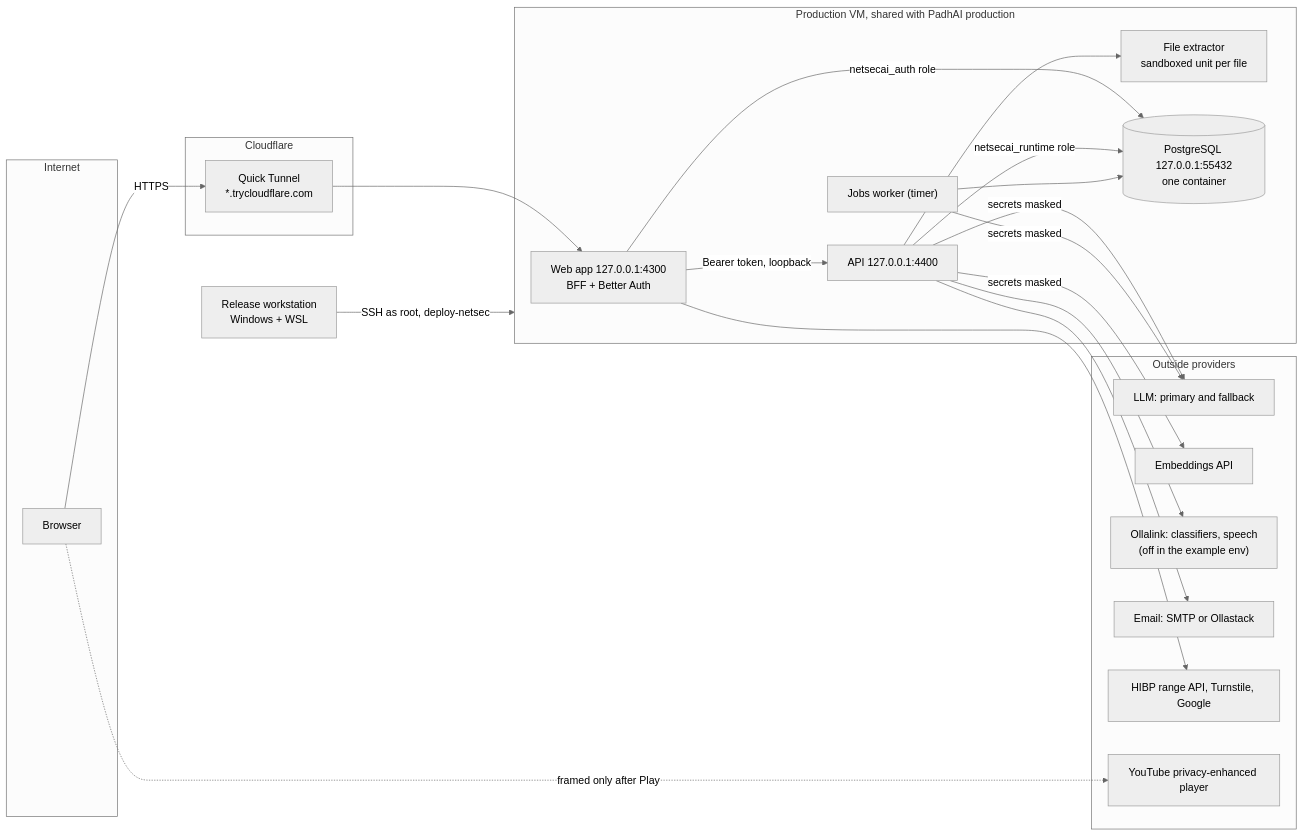
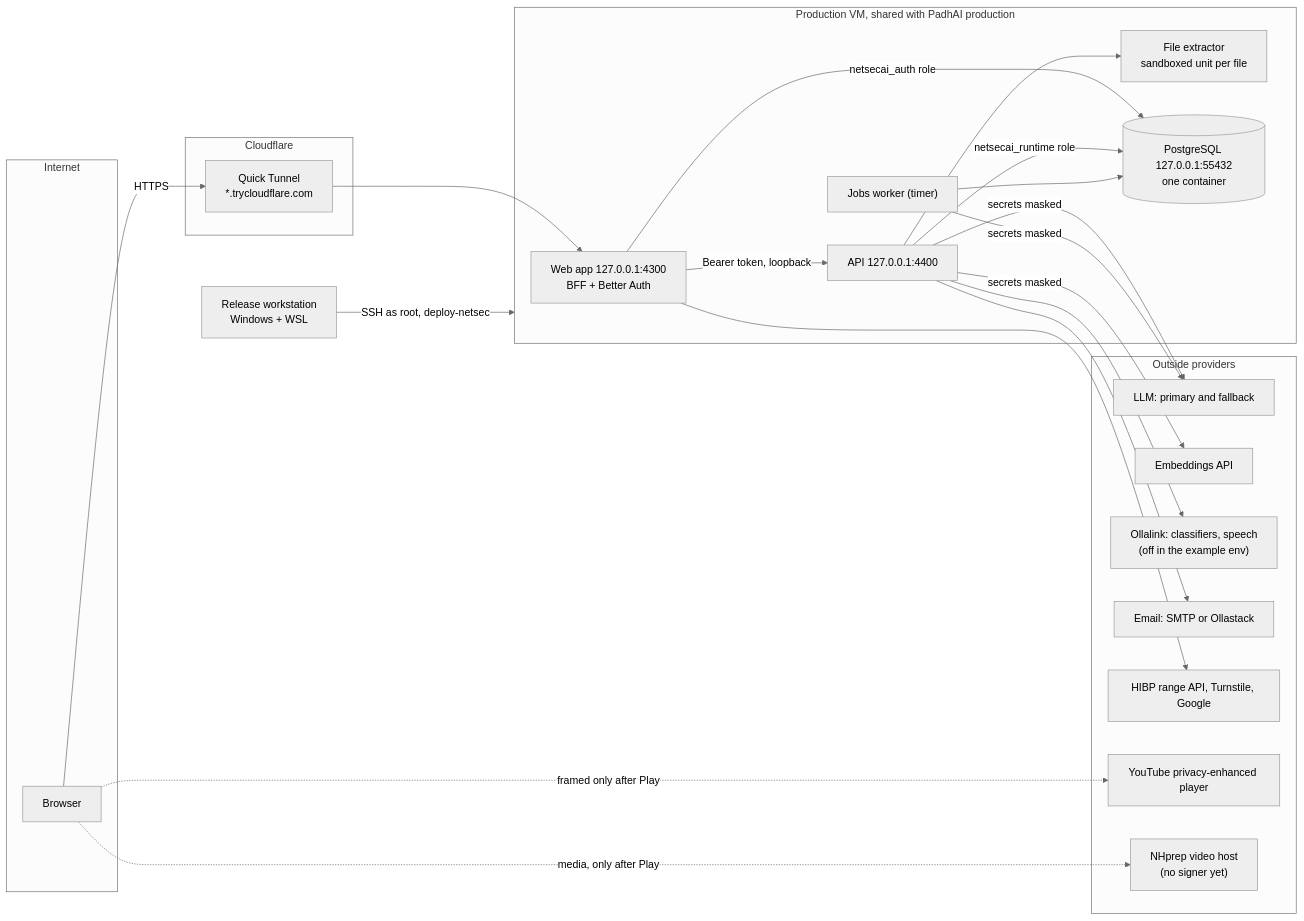
The diagram in docs/security/README.md (rockyNH703/AI-Tutor-NH), drawn with Mermaid (neutral theme) before and after one commit. The commit also changed other lines of this file and 11 other files, not shown here.

````diff
--- a/docs/security/README.md
+++ b/docs/security/README.md
@@ -37,39 +37,41 @@
 ```mermaid
 flowchart LR
   subgraph Internet
     B[Browser]
   end
   subgraph Cloudflare
     CF["Quick Tunnel<br/>*.trycloudflare.com"]
   end
   subgraph Host["Production VM, shared with PadhAI production"]
     W["Web app 127.0.0.1:4300<br/>BFF + Better Auth"]
     A["API 127.0.0.1:4400"]
     J["Jobs worker (timer)"]
     X["File extractor<br/>sandboxed unit per file"]
     P[("PostgreSQL 127.0.0.1:55432<br/>one container")]
   end
   subgraph Providers["Outside providers"]
     L["LLM: primary and fallback"]
     E[Embeddings API]
     O["Ollalink: classifiers, speech<br/>(off in the example env)"]
     M[Email: SMTP or Ollastack]
     H[HIBP range API, Turnstile, Google]
     Y["YouTube privacy-enhanced player"]
+    V["NHprep video host<br/>(no signer yet)"]
   end
   D["Release workstation<br/>Windows + WSL"]
   B -->|HTTPS| CF --> W
   W -->|Bearer token, loopback| A
   W -->|netsecai_auth role| P
   A -->|netsecai_runtime role| P
   J --> P
   A --> X
   A -->|secrets masked| L
   A -->|secrets masked| E
   J -->|secrets masked| L
   A --> O
   A --> M
   W --> H
   B -.->|framed only after Play| Y
+  B -.->|media, only after Play| V
   D -->|SSH as root, deploy-netsec| Host
 ```
````
